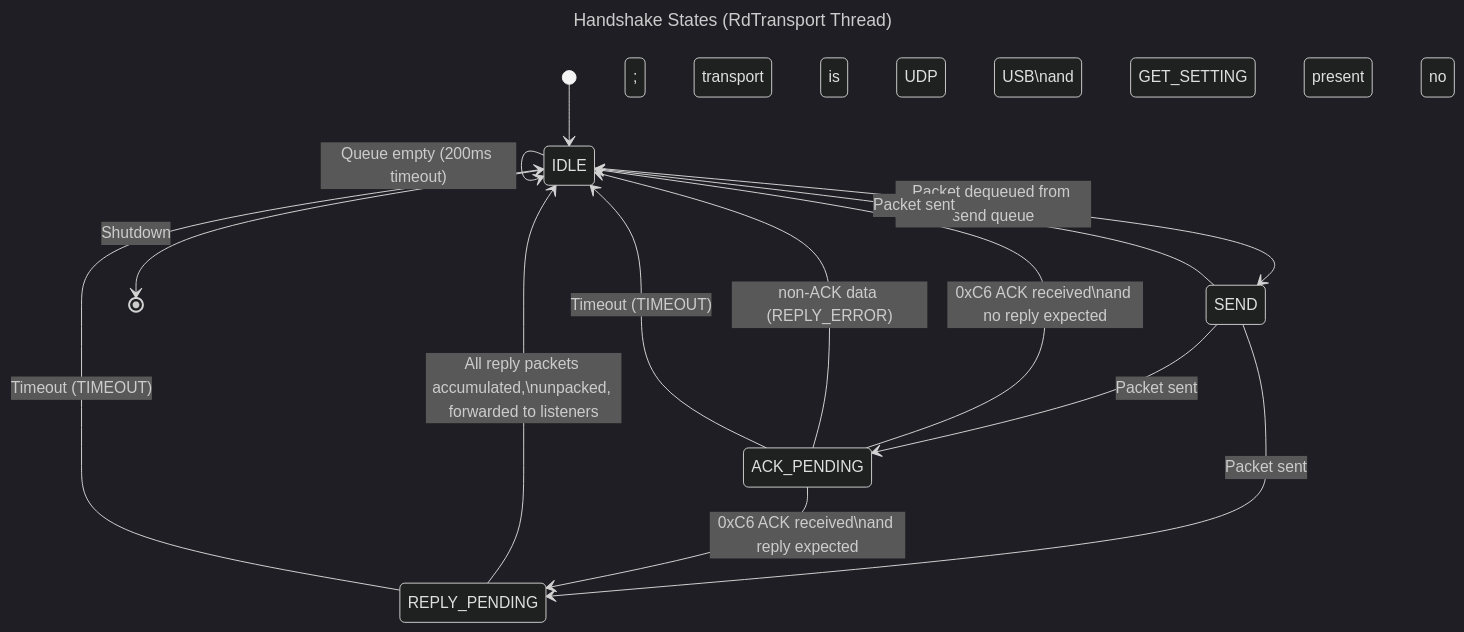
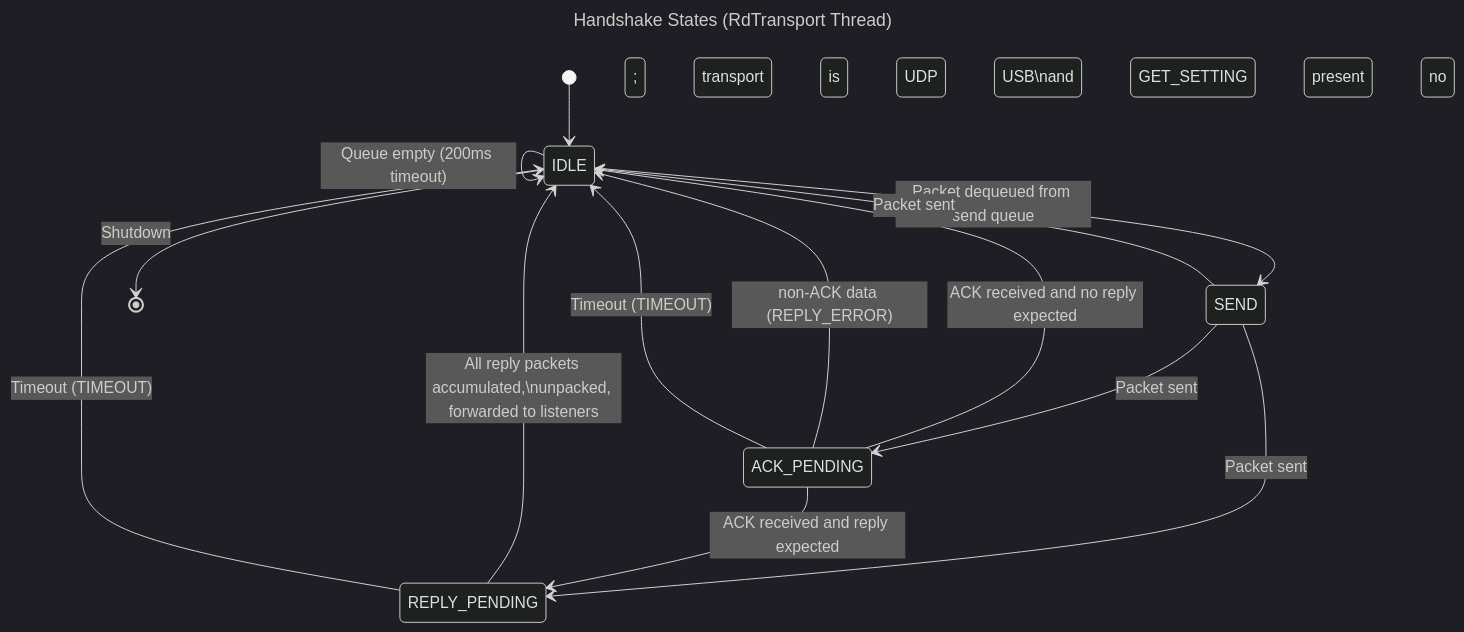
Before and after one commit to StevenIsaacs/ruida-pa: the fourth of 6 diagrams in docs/designs/RuidaDriver-functional.md, drawn with Mermaid (dark theme). The commit also changed other lines of this file and 3 other files, not shown here.

````diff
--- a/docs/designs/RuidaDriver-functional.md
+++ b/docs/designs/RuidaDriver-functional.md
@@ -219,24 +219,24 @@
 ```mermaid
 ---
 title: Handshake States (RdTransport Thread)
 ---
 stateDiagram-v2
     [*] --> IDLE
 
     IDLE --> SEND: Packet dequeued from send queue
     IDLE --> IDLE: Queue empty (200ms timeout)
 
     SEND --> ACK_PENDING: Packet sent; transport is UDP
     SEND --> REPLY_PENDING: Packet sent; transport is USB\nand GET_SETTING present
     SEND --> IDLE: Packet sent; transport is USB\nand no GET_SETTING
 
-    ACK_PENDING --> REPLY_PENDING: 0xC6 ACK received\nand reply expected
-    ACK_PENDING --> IDLE: 0xC6 ACK received\nand no reply expected
+    ACK_PENDING --> REPLY_PENDING: ACK received and reply expected
+    ACK_PENDING --> IDLE: ACK received and no reply expected
     ACK_PENDING --> IDLE: non-ACK data (REPLY_ERROR)
     ACK_PENDING --> IDLE: Timeout (TIMEOUT)
 
     REPLY_PENDING --> IDLE: All reply packets accumulated,\nunpacked, forwarded to listeners
     REPLY_PENDING --> IDLE: Timeout (TIMEOUT)
 
     IDLE --> [*]: Shutdown
 ```
````
